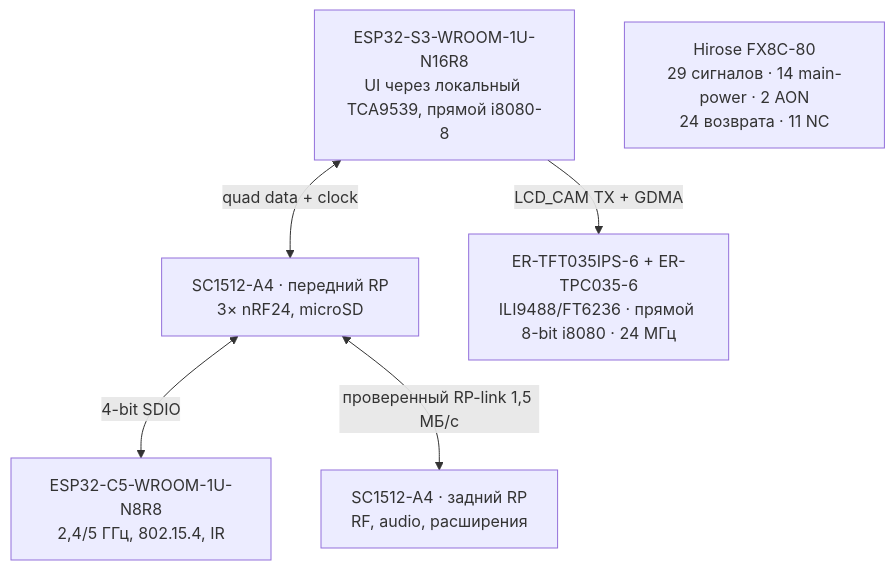
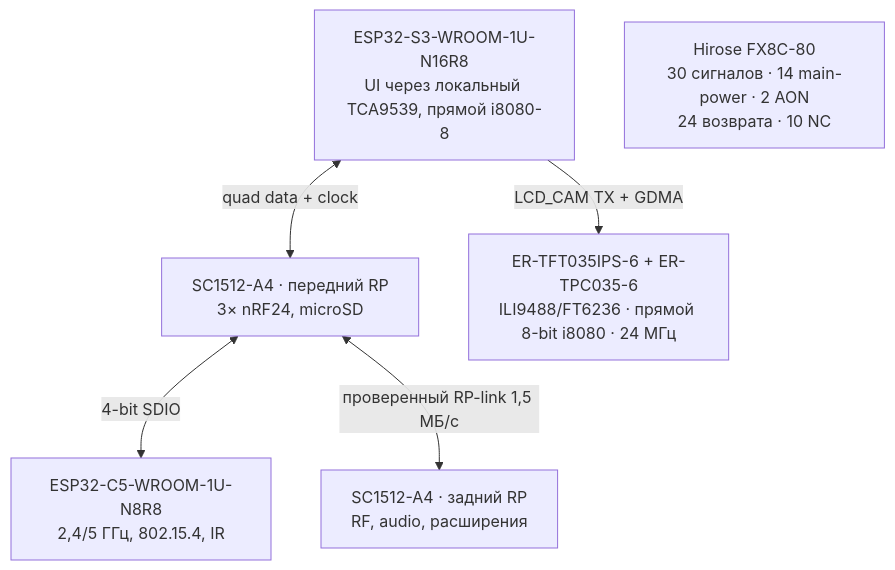
Before and after one commit to anton-vinogradov/esp32-leshy2: the diagram in docs/schematics.ru.md, drawn with Mermaid. The commit also changed other lines of this file and 132 other files, not shown here.

````diff
--- a/docs/schematics.ru.md
+++ b/docs/schematics.ru.md
@@ -34,14 +34,14 @@
 ```mermaid
 flowchart TD
   S3["ESP32-S3-WROOM-1U-N16R8<br/>UI через локальный TCA9539, прямой i8080-8"]
   C5["ESP32-C5-WROOM-1U-N8R8<br/>2,4/5 ГГц, 802.15.4, IR"]
   FRP["SC1512-A4 · передний RP<br/>3× nRF24, microSD"]
   RRP["SC1512-A4 · задний RP<br/>RF, audio, расширения"]
   LCD["ER-TFT035IPS-6 + ER-TPC035-6<br/>ILI9488/FT6236 · прямой 8-bit i8080 · 24 МГц"]
-  M1["Hirose FX8C-80<br/>29 сигналов · 14 main-power · 2 AON<br/>24 возврата · 11 NC"]
+  M1["Hirose FX8C-80<br/>30 сигналов · 14 main-power · 2 AON<br/>24 возврата · 10 NC"]
 
   S3 -->|"LCD_CAM TX + GDMA"| LCD
   S3 <-->|"quad data + clock"| FRP
   FRP <-->|"4-bit SDIO"| C5
   FRP <-->|"проверенный RP-link 1,5 МБ/с"| RRP
 ```
````
